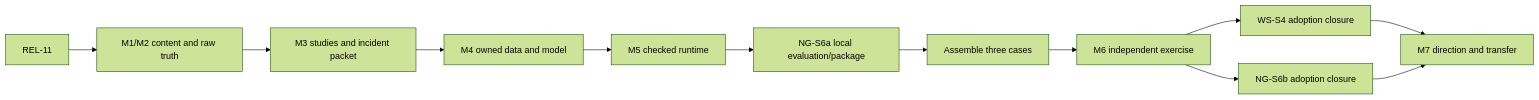
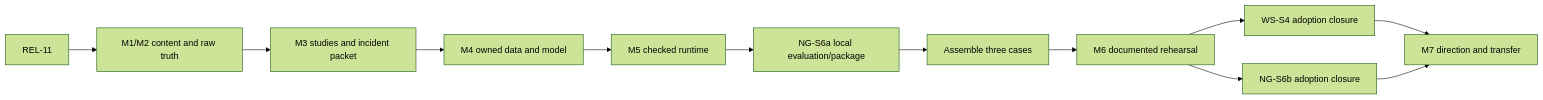
The second of 2 diagrams in Docs/Strategy/Roadmap.md (LisowskiPawel/SparkleEngine), drawn with Mermaid (forest theme) before and after one commit. The commit also changed other lines of this file and 101 other files, not shown here.

````diff
--- a/Docs/Strategy/Roadmap.md
+++ b/Docs/Strategy/Roadmap.md
@@ -145,14 +145,14 @@
 ```mermaid
 flowchart LR
     Release[REL-11] --> Content[M1/M2 content and raw truth]
     Content --> Classical[M3 studies and incident packet]
     Classical --> Data[M4 owned data and model]
     Data --> Kernels[M5 checked runtime]
     Kernels --> Evaluation[NG-S6a local evaluation/package]
     Evaluation --> Cases[Assemble three cases]
-    Cases --> Reproduce[M6 independent exercise]
+    Cases --> Reproduce[M6 documented rehearsal]
     Reproduce --> StudyClose[WS-S4 adoption closure]
     Reproduce --> NeuralClose[NG-S6b adoption closure]
     StudyClose --> Transfer[M7 direction and transfer]
     NeuralClose --> Transfer
 ```
````
